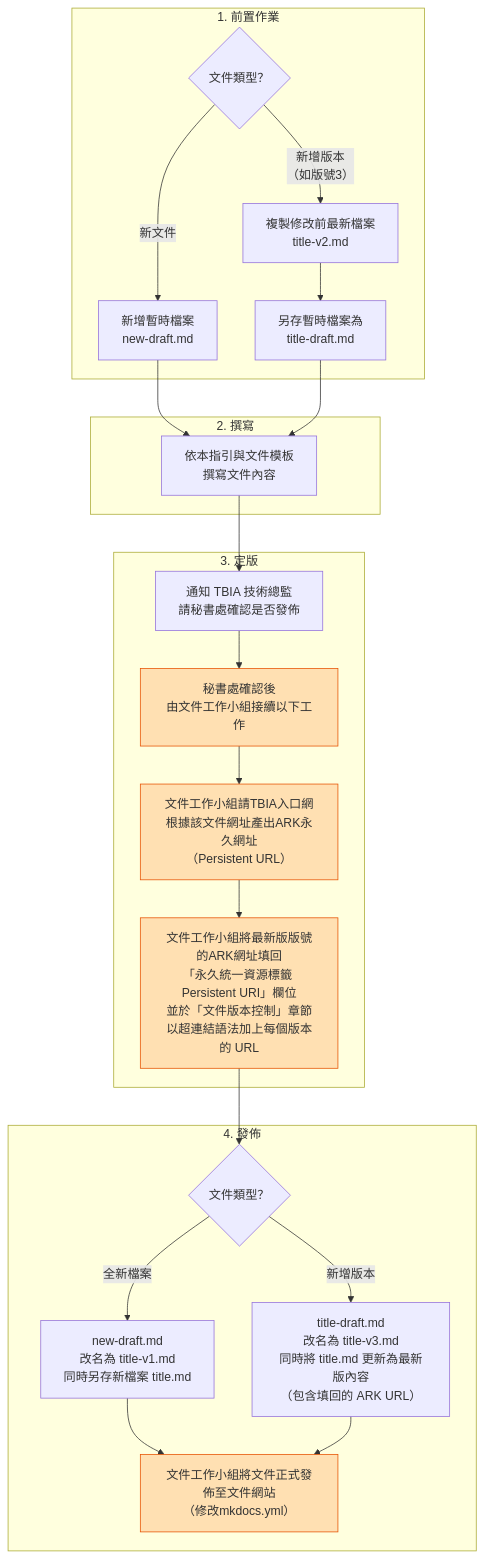
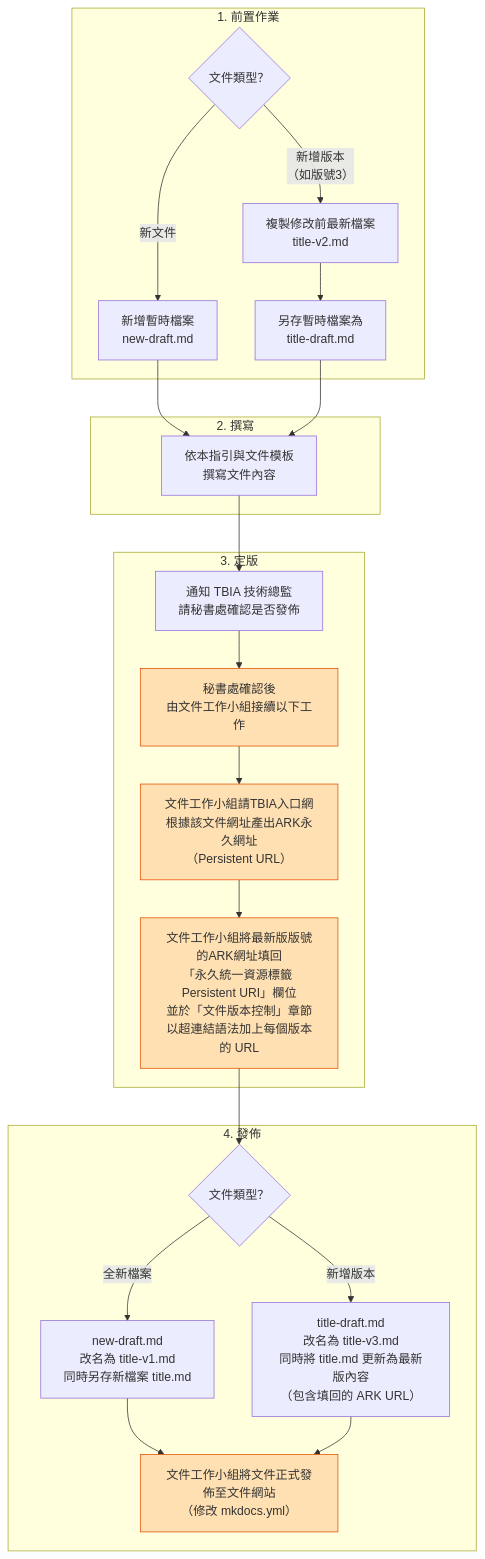
One commit to TBIA/docs changed the diagram in docs/document_guidelines-draft.md. Above: the diagram before and after it, drawn with Mermaid. The commit also changed other lines of this file, not shown here.

````diff
--- a/docs/document_guidelines-draft.md
+++ b/docs/document_guidelines-draft.md
@@ -71,41 +71,41 @@
 ```mermaid
 flowchart TD
     subgraph prep["1. 前置作業"]
         A0{"文件類型？"}
         A0 -- 新文件 --> A1["新增暫時檔案<br/>new-draft.md"]
         A0 -- 新增版本<br/>（如版號3） --> A2["複製修改前最新檔案<br/>title-v2.md"] --> A3["另存暫時檔案為<br/>title-draft.md"]
     end
 
     A1 --> W1
     A3 --> W1
 
     subgraph write["2. 撰寫"]
         W1["依本指引與文件模板<br/>撰寫文件內容"]
     end
 
     W1 --> F1
 
     subgraph final["3. 定版"]
         F1["通知 TBIA 技術總監<br/>請秘書處確認是否發佈"] --> F2["秘書處確認後<br/>由文件工作小組接續以下工作"]
         F2 --> F3["文件工作小組請TBIA入口網<br/>根據該文件網址產出ARK永久網址<br/>（Persistent URL）"]
         F3 --> F4["文件工作小組將最新版版號的ARK網址填回<br/>「永久統一資源標籤 Persistent URI」欄位<br/>並於「文件版本控制」章節<br/>以超連結語法加上每個版本的 URL"]
     end
 
     F4 --> P0
 
     subgraph publish["4. 發佈"]
         P0{"文件類型？"}
         P0 -- 全新檔案 --> P1["new-draft.md<br/>改名為 title-v1.md<br/>同時另存新檔案 title.md"]
         P0 -- 新增版本 --> P2["title-draft.md<br/>改名為 title-v3.md<br/>同時將 title.md 更新為最新版內容<br/>（包含填回的 ARK URL）"]
         P1 --> Z0
         P2 --> Z0
 
-        Z0["文件工作小組將文件正式發佈至文件網站<br/>（修改mkdocs.yml）"]
+        Z0["文件工作小組將文件正式發佈至文件網站<br/>（修改 mkdocs.yml）"]
 
     end
 
     
 
     classDef staff fill:#ffe0b2,stroke:#e65100,color:#333
     class F2,F3,F4,Z0 staff
 ```
````
